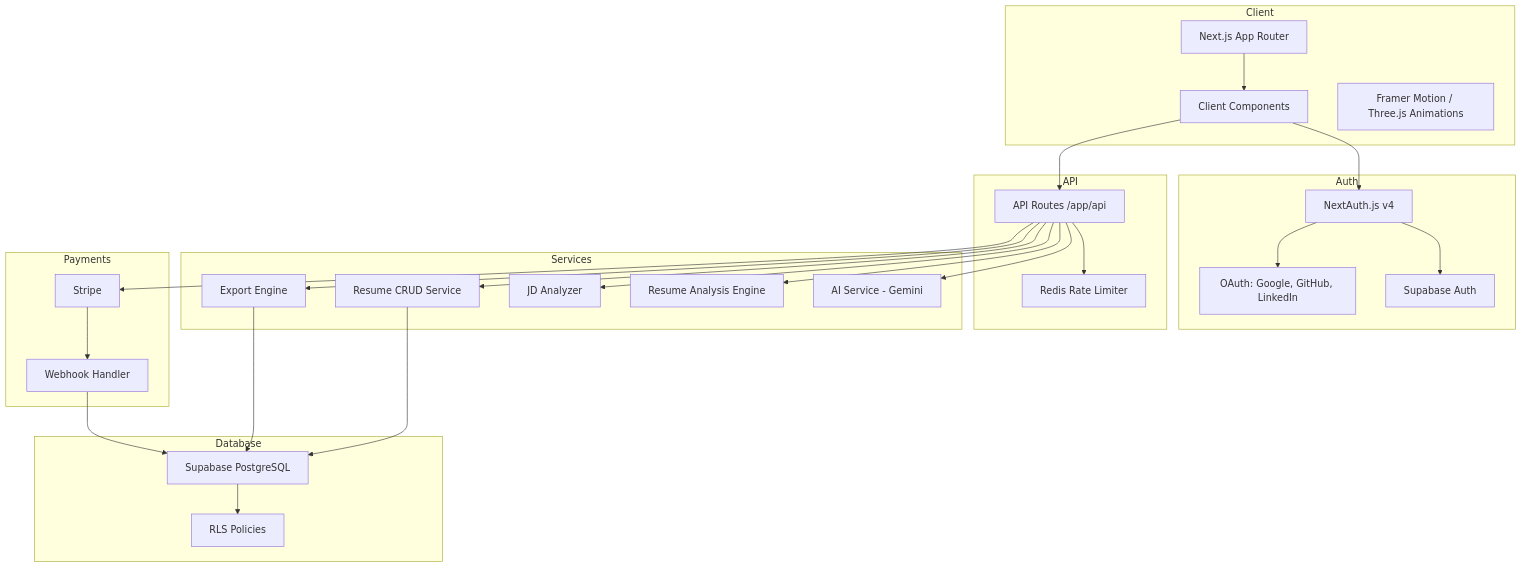
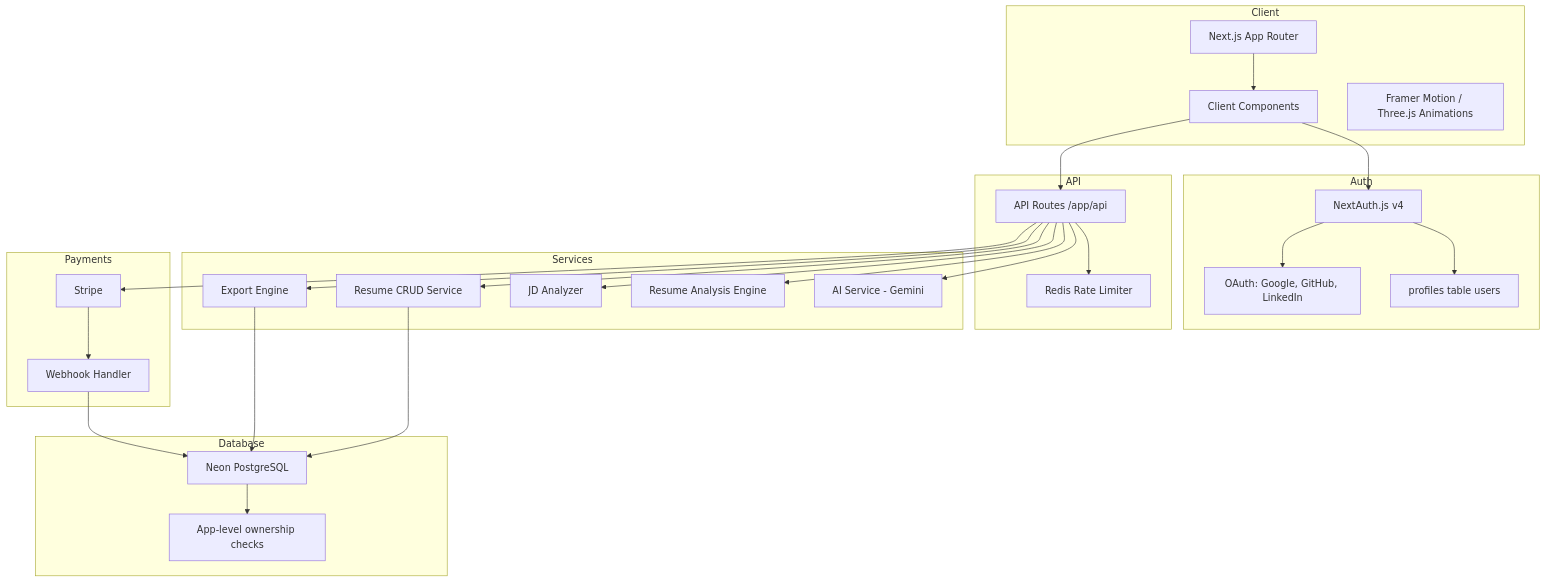
The diagram in README.md (Khushi-agarwal1401/AI-Resume-Builder-and-Analyzer), drawn with Mermaid before and after one commit. The commit also changed other lines of this file and 146 other files, not shown here.

First line of the commit message:
feat(db): replace Supabase with Neon Postgres and remove all Supabase code

````diff
--- a/README.md
+++ b/README.md
@@ -127,55 +127,55 @@
 ```mermaid
 graph TB
     subgraph Client
         A[Next.js App Router]
         B[Client Components]
         C[Framer Motion / Three.js Animations]
     end
 
     subgraph Auth
         D[NextAuth.js v4]
-        E[Supabase Auth]
+        E[profiles table users]
         F[OAuth: Google, GitHub, LinkedIn]
     end
 
     subgraph API
         G[API Routes /app/api]
         H[Redis Rate Limiter]
     end
 
     subgraph Services
         I[AI Service - Gemini]
         J[Resume Analysis Engine]
         K[JD Analyzer]
         L[Resume CRUD Service]
         M[Export Engine]
     end
 
     subgraph Database
-        N[Supabase PostgreSQL]
-        O[RLS Policies]
+        N[Neon PostgreSQL]
+        O[App-level ownership checks]
     end
 
     subgraph Payments
         P[Stripe]
         Q[Webhook Handler]
     end
 
     A --> B
     B --> D
     D --> E
     D --> F
     B --> G
     G --> H
     G --> I
     G --> J
     G --> K
     G --> L
     G --> M
     L --> N
     M --> N
     N --> O
     G --> P
     P --> Q
     Q --> N
 ```
````
